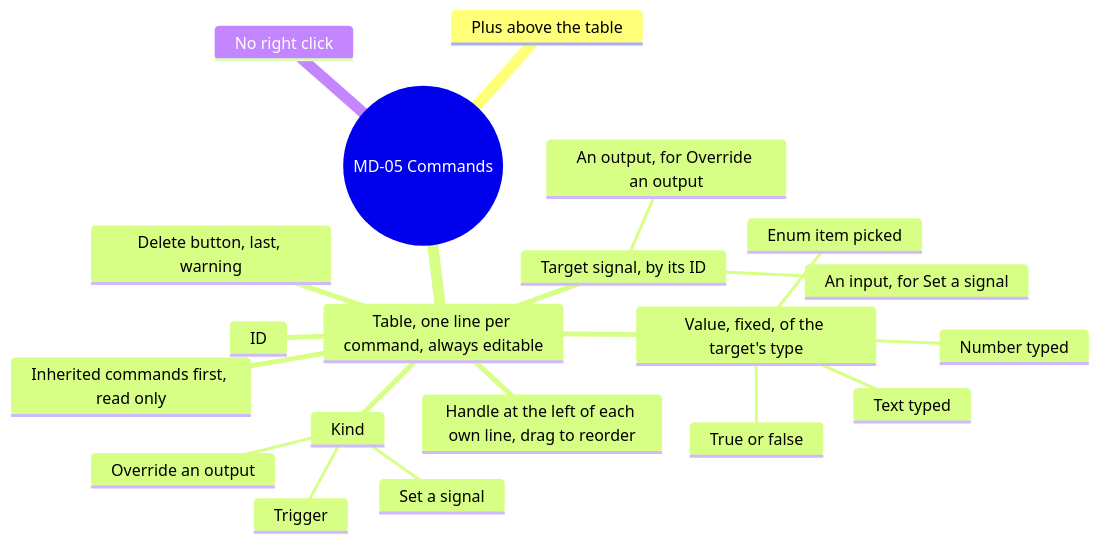
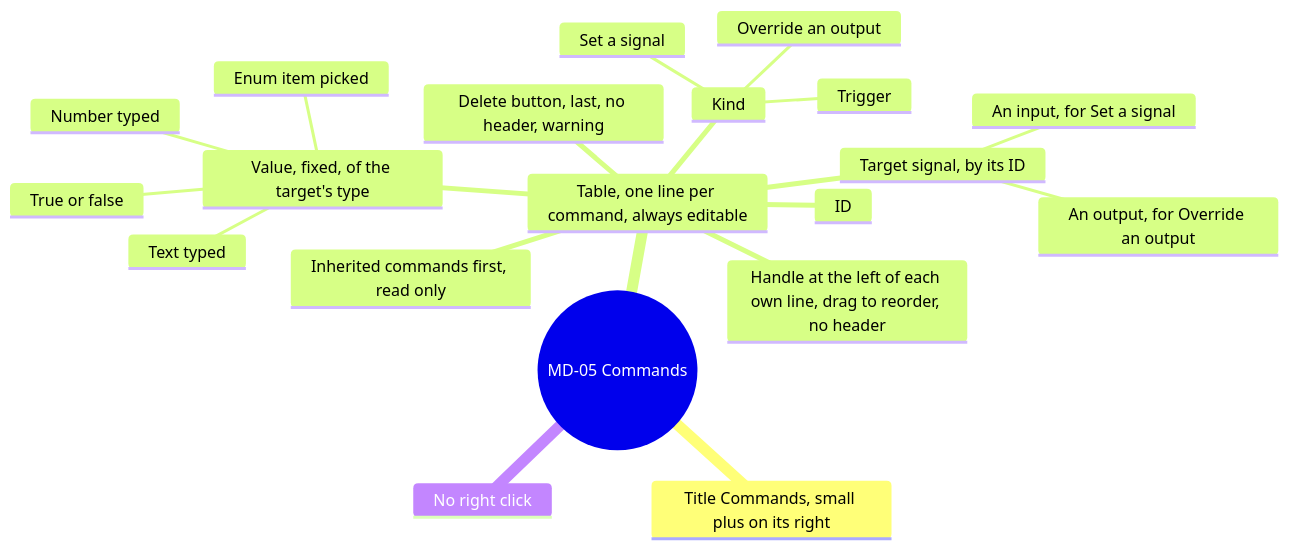
Before and after one commit to AlexandreGallais/synoptic-studio-spec: the eighth of 15 diagrams in screens/metadata.md, drawn with Mermaid. The commit also changed other lines of this file and 12 other files, not shown here.

````diff
--- a/screens/metadata.md
+++ b/screens/metadata.md
@@ -251,23 +251,23 @@
 ```mermaid
 mindmap
   root((MD-05 Commands))
-    Plus above the table
+    Title Commands, small plus on its right
     Table, one line per command, always editable
       Inherited commands first, read only
-      Handle at the left of each own line, drag to reorder
+      Handle at the left of each own line, drag to reorder, no header
       Kind
         Set a signal
         Trigger
         Override an output
       ID
       Target signal, by its ID
         An input, for Set a signal
         An output, for Override an output
       Value, fixed, of the target's type
         Number typed
         True or false
         Text typed
         Enum item picked
-      Delete button, last, warning
+      Delete button, last, no header, warning
     No right click
 ```
````
